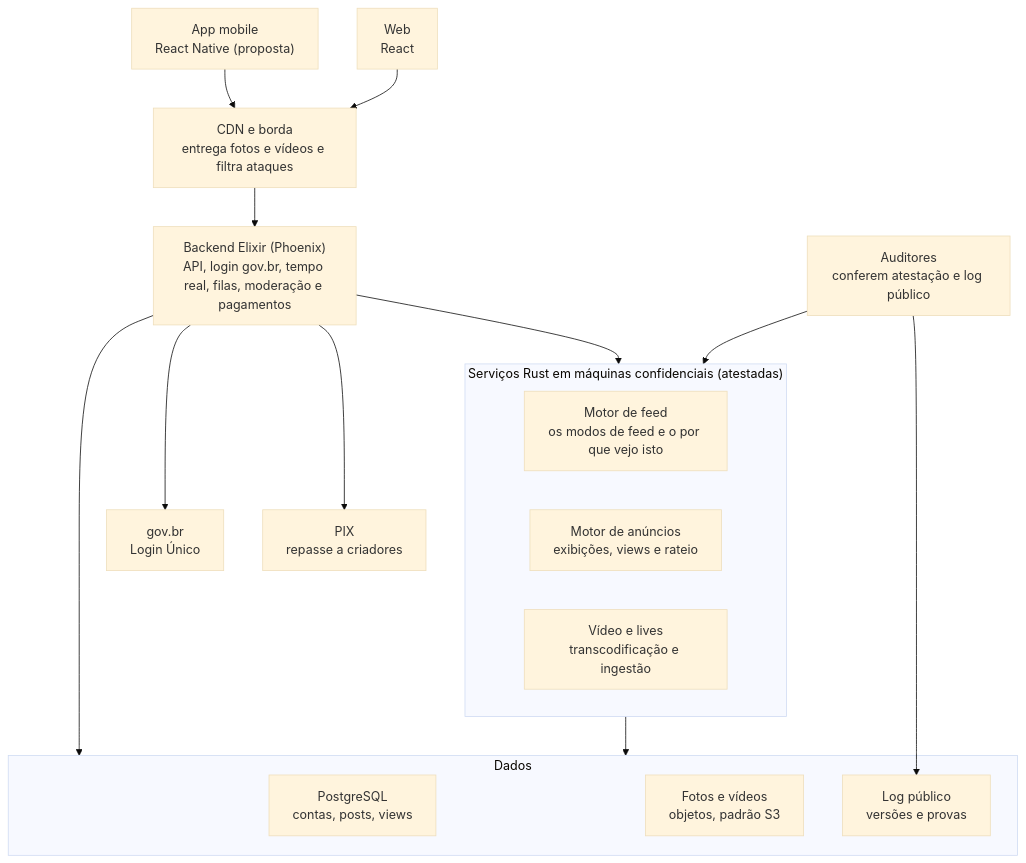
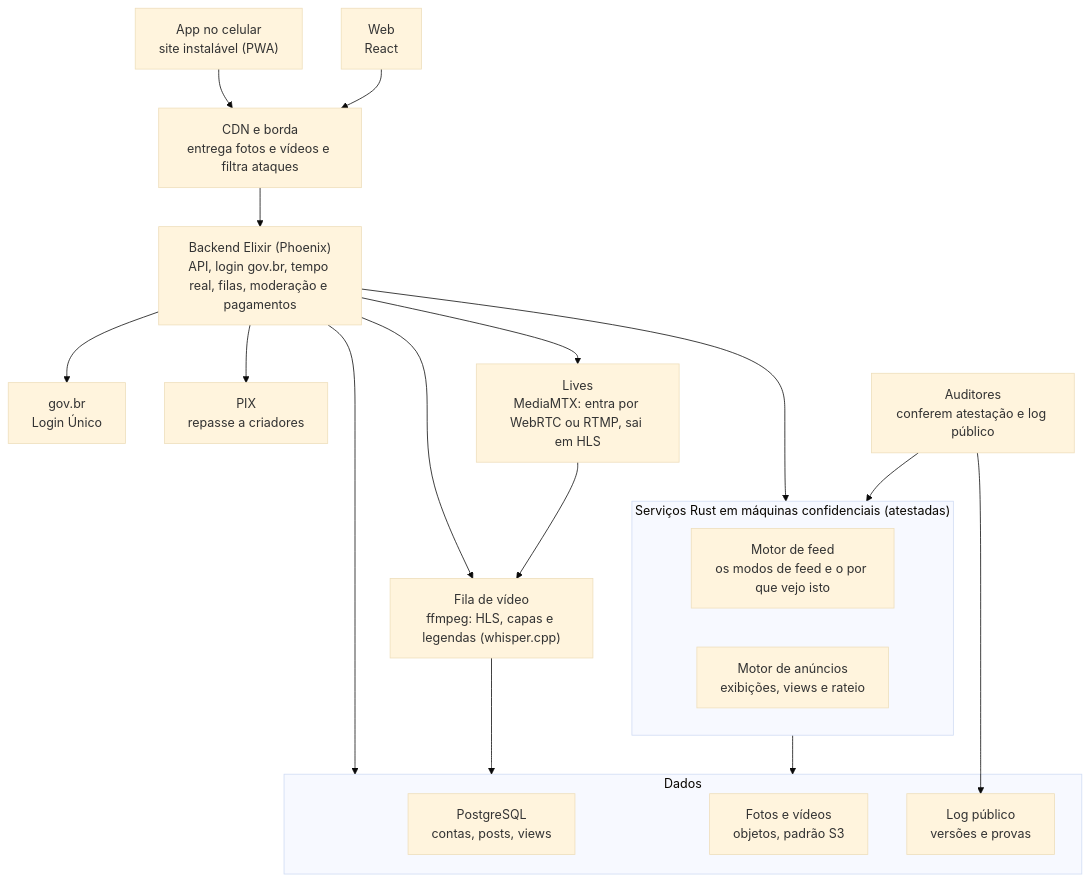
One commit to paulorsouza/menos-rede-mais-social changed the diagram in docs/plano-inicial.md. Above: the diagram before and after it, drawn with Mermaid (base theme). The commit also changed other lines of this file and 2 other files, not shown here.

````diff
--- a/docs/plano-inicial.md
+++ b/docs/plano-inicial.md
@@ -202,24 +202,27 @@
 ```mermaid
 flowchart TB
-    app["App mobile<br/>React Native (proposta)"] --> cdn
+    app["App no celular<br/>site instalável (PWA)"] --> cdn
     web["Web<br/>React"] --> cdn
     cdn["CDN e borda<br/>entrega fotos e vídeos e filtra ataques"] --> elixir
     elixir["Backend Elixir (Phoenix)<br/>API, login gov.br, tempo real, filas, moderação e pagamentos"]
     elixir --> govbr["gov.br<br/>Login Único"]
     elixir --> pix["PIX<br/>repasse a criadores"]
     elixir --> rust
     elixir --> dados
+    elixir --> video
+    elixir --> lives
     subgraph rust["Serviços Rust em máquinas confidenciais (atestadas)"]
         feed["Motor de feed<br/>os modos de feed e o por que vejo isto"]
         ads["Motor de anúncios<br/>exibições, views e rateio"]
-        media["Vídeo e lives<br/>transcodificação e ingestão"]
     end
+    video["Fila de vídeo<br/>ffmpeg: HLS, capas e legendas (whisper.cpp)"] --> dados
+    lives["Lives<br/>MediaMTX: entra por WebRTC ou RTMP, sai em HLS"] --> video
     rust --> dados
     subgraph dados["Dados"]
         pg["PostgreSQL<br/>contas, posts, views"]
         obj["Fotos e vídeos<br/>objetos, padrão S3"]
         log["Log público<br/>versões e provas"]
     end
     auditores["Auditores<br/>conferem atestação e log público"] --> rust
     auditores --> log
 ```
````
